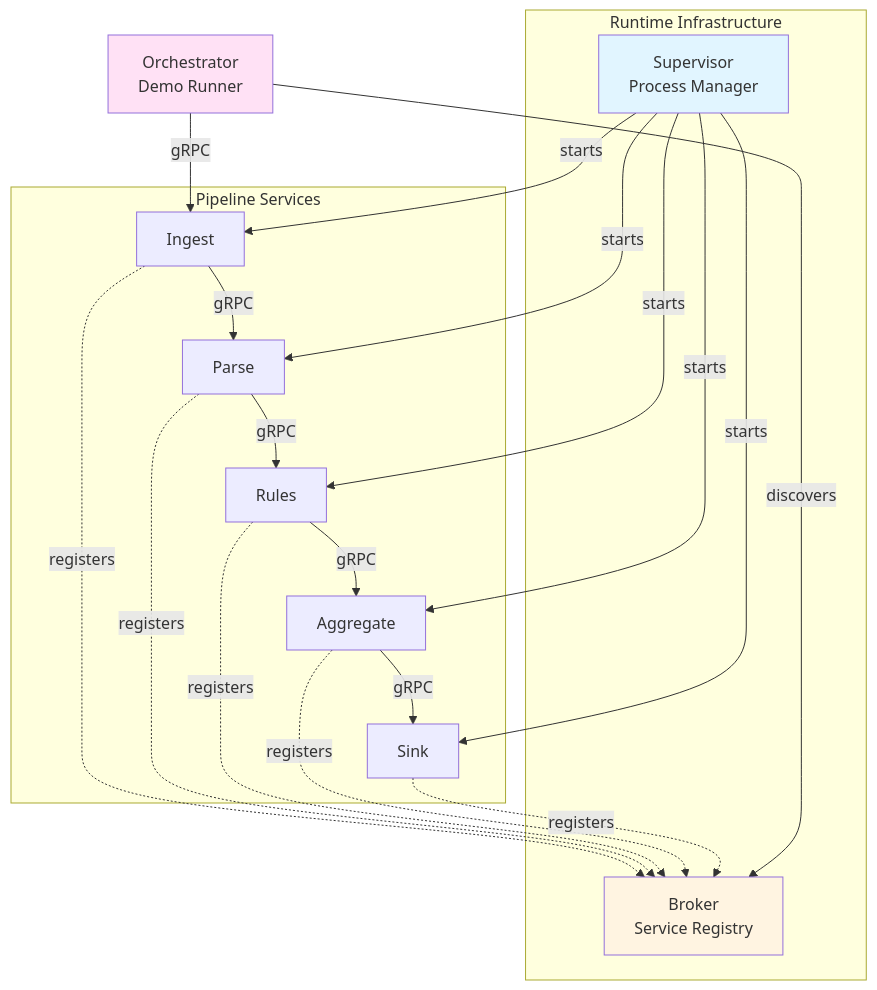
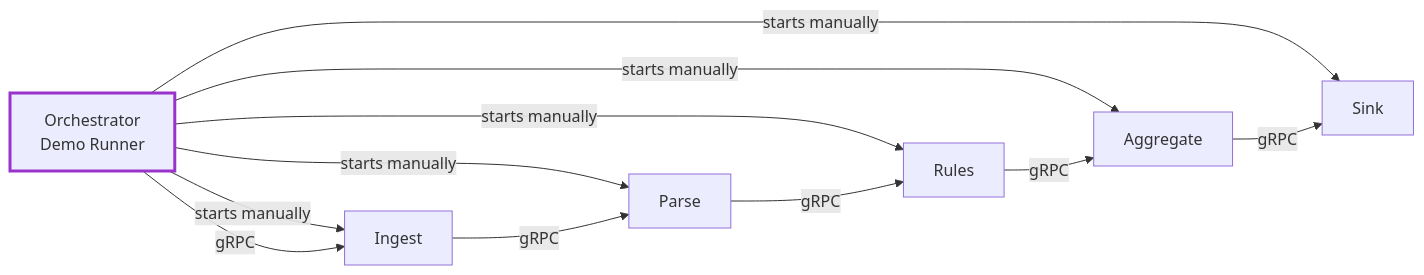
The second of 3 diagrams in docs-site/docs/guide/architecture.md (Michael--/modular-runtime), drawn with Mermaid before and after one commit. The commit also changed other lines of this file and 3 other files, not shown here.

Commit message:
fix(docs): use stroke-only colors for theme compatibility and correct architecture diagram

````diff
--- a/docs-site/docs/guide/architecture.md
+++ b/docs-site/docs/guide/architecture.md
@@ -7,40 +38,23 @@
 ```mermaid
-graph TB
-    subgraph "Runtime Infrastructure"
-        SUP[Supervisor<br/>Process Manager]
-        BRK[Broker<br/>Service Registry]
-    end
+flowchart LR
+    ORC[Orchestrator<br/>Demo Runner]
+    ING[Ingest]
+    PRS[Parse]
+    RUL[Rules]
+    AGG[Aggregate]
+    SNK[Sink]
 
-    subgraph "Pipeline Services"
-        ING[Ingest]
-        PRS[Parse]
-        RUL[Rules]
-        AGG[Aggregate]
-        SNK[Sink]
-    end
+    ORC -->|starts manually| ING
+    ORC -->|starts manually| PRS
+    ORC -->|starts manually| RUL
+    ORC -->|starts manually| AGG
+    ORC -->|starts manually| SNK
 
-    ORC[Orchestrator<br/>Demo Runner]
-
-    SUP -->|starts| ING
-    SUP -->|starts| PRS
-    SUP -->|starts| RUL
-    SUP -->|starts| AGG
-    SUP -->|starts| SNK
-
-    ING -.->|registers| BRK
-    PRS -.->|registers| BRK
-    RUL -.->|registers| BRK
-    AGG -.->|registers| BRK
-    SNK -.->|registers| BRK
-
-    ORC -->|discovers| BRK
     ORC -->|gRPC| ING
     ING -->|gRPC| PRS
     PRS -->|gRPC| RUL
     RUL -->|gRPC| AGG
     AGG -->|gRPC| SNK
 
-    style SUP fill:#e1f5ff
-    style BRK fill:#fff4e1
-    style ORC fill:#ffe1f5
+    style ORC stroke:#9933cc,stroke-width:3px
 ```
````
